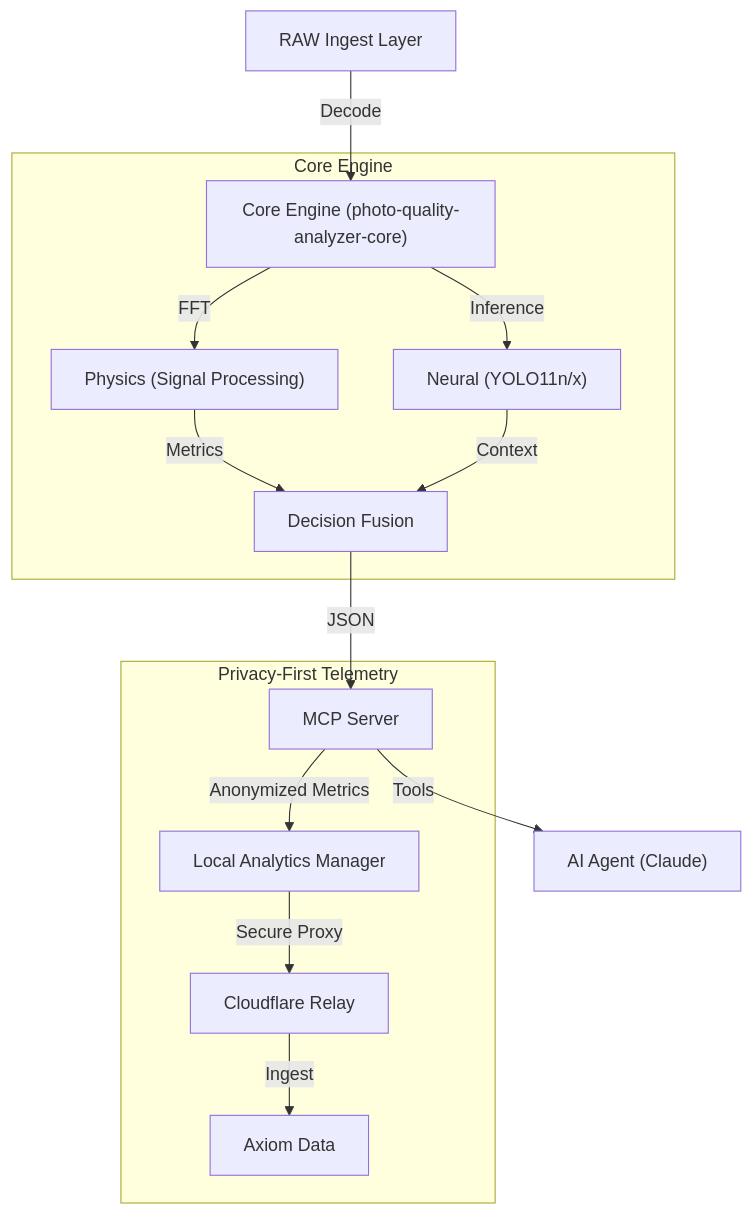
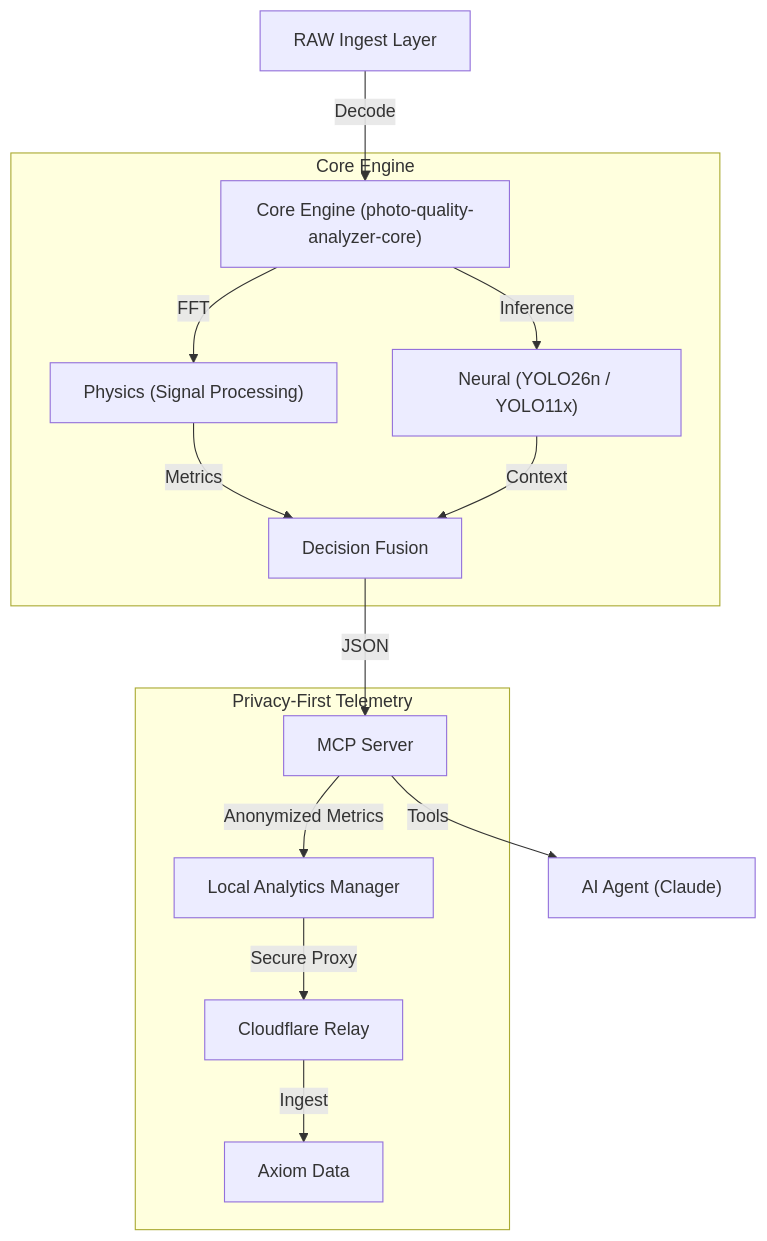
Before and after one commit to prasadabhishek/photographi-mcp: the diagram in docs/architecture.md, drawn with Mermaid. The commit also changed other lines of this file and 8 other files, not shown here.

````diff
--- a/docs/architecture.md
+++ b/docs/architecture.md
@@ -9,21 +9,21 @@
 ```mermaid
 flowchart TD
     Ingest[RAW Ingest Layer] -->|Decode| Core["Core Engine (photo-quality-analyzer-core)"]
     
     subgraph "Core Engine"
         Core -->|FFT| Physics["Physics (Signal Processing)"]
-        Core -->|Inference| Neural["Neural (YOLO11n/x)"]
+        Core -->|Inference| Neural["Neural (YOLO26n / YOLO11x)"]
         Physics -->|Metrics| Fusion[Decision Fusion]
         Neural -->|Context| Fusion
     end
     
     Fusion -->|JSON| Server[MCP Server]
     
     subgraph "Privacy-First Telemetry"
         Server -->|Anonymized Metrics| Analytics[Local Analytics Manager]
         Analytics -->|Secure Proxy| Relay[Cloudflare Relay]
         Relay -->|Ingest| Axiom[Axiom Data]
     end
     
     Server -->|Tools| LLM["AI Agent (Claude)"]
 ```
````
